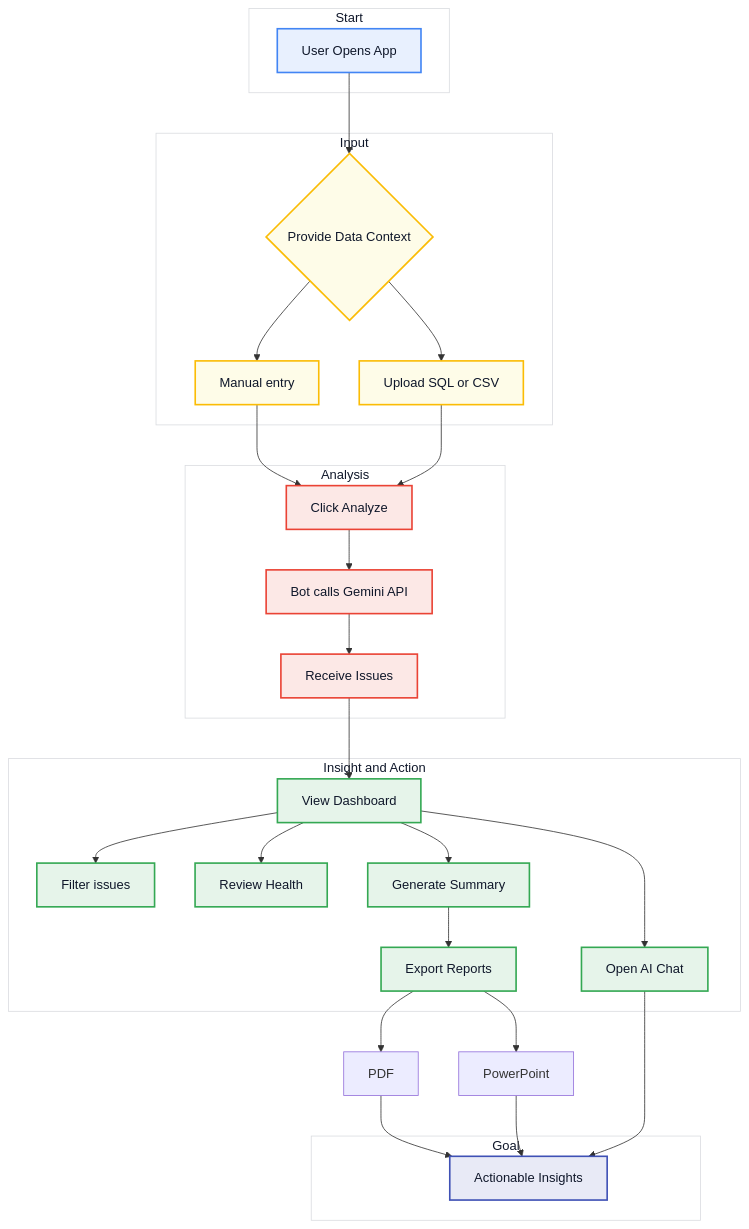
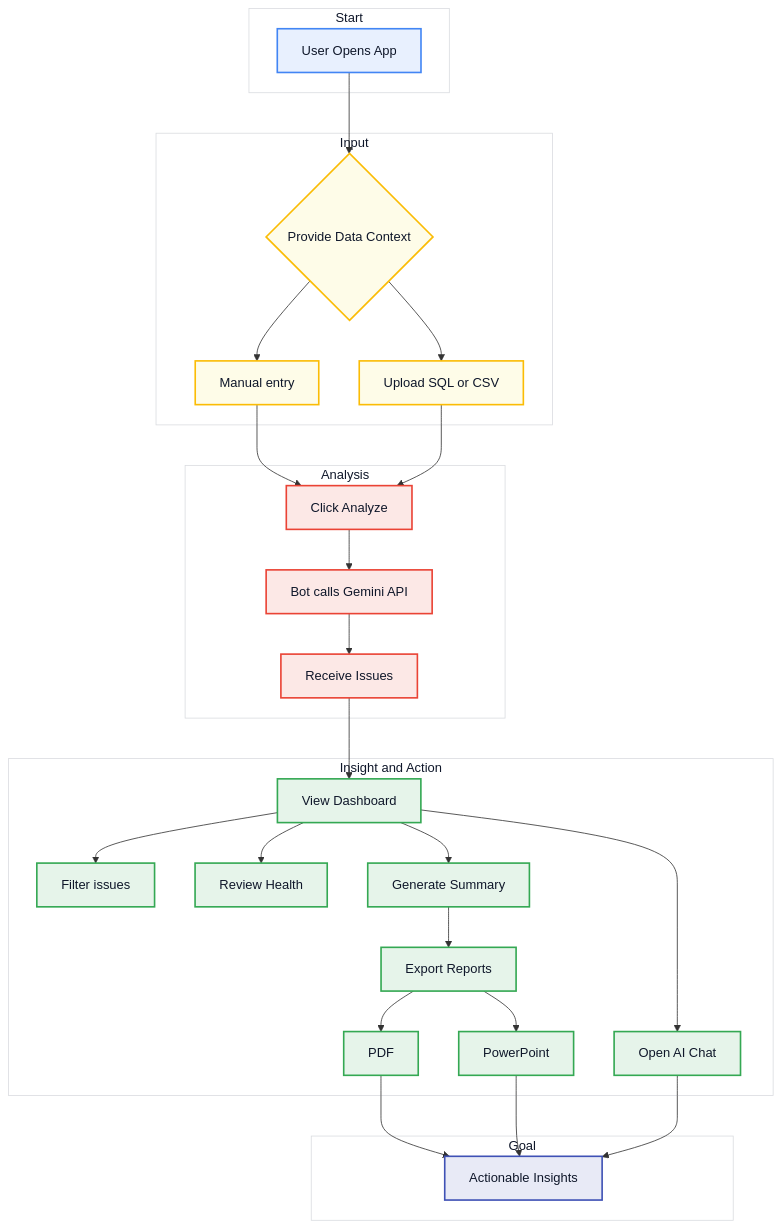
Before and after one commit to chtsalvishal/DQ_Gen_AI_Bot: the second of 2 diagrams in README.md, drawn with Mermaid.

Commit message:
docs: Update README with export options
Add PDF and PowerPoint export options to the Mermaid diagram in the README to accurately reflect current capabilities.

````diff
--- a/README.md
+++ b/README.md
@@ -92,63 +92,65 @@
 ```mermaid
 %%{init: { 'themeVariables': { 'fontSize': '16px', 'fontFamily': 'Arial' } }}%%
 graph TD
     subgraph sg1 [Start]
         A[User Opens App]:::startNode
     end
 
     subgraph sg2 [Input]
         B{Provide Data Context}:::inputNode
         B1[Manual entry]:::inputNode
         B2[Upload SQL or CSV]:::inputNode
     end
     
     subgraph sg3 [Analysis]
         C[Click Analyze]:::analysisNode
         D[Bot calls Gemini API]:::analysisNode
         E[Receive Issues]:::analysisNode
     end
 
     subgraph sg4 [Insight and Action]
         F[View Dashboard]:::insightNode
         F1[Filter issues]:::insightNode
         F2[Review Health]:::insightNode
         G[Open AI Chat]:::insightNode
         H[Generate Summary]:::insightNode
         I[Export Reports]:::insightNode
+        I1[PDF]:::insightNode
+        I2[PowerPoint]:::insightNode
     end
     
     subgraph sg5 [Goal]
        J[Actionable Insights]:::goalNode
     end
 
     A --> B
     B --> B1
     B --> B2
     B1 --> C
     B2 --> C
     C --> D
     D --> E
     E --> F
     F --> F1
     F --> F2
     F --> G
     F --> H
     H --> I
-    I --> I1[PDF]
-    I --> I2[PowerPoint]
+    I --> I1
+    I --> I2
     I1 --> J
     I2 --> J
     G --> J
     
     style sg1 fill:#FFFFFF,stroke:#DADCE0,color:#0f172a
     style sg2 fill:#FFFFFF,stroke:#DADCE0,color:#0f172a
     style sg3 fill:#FFFFFF,stroke:#DADCE0,color:#0f172a
     style sg4 fill:#FFFFFF,stroke:#DADCE0,color:#0f172a
     style sg5 fill:#FFFFFF,stroke:#DADCE0,color:#0f172a
     
     classDef startNode fill:#E8F0FE,stroke:#4285F4,stroke-width:2px,color:#0f172a
     classDef inputNode fill:#FEFCE8,stroke:#FBBC05,stroke-width:2px,color:#0f172a
     classDef analysisNode fill:#FCE8E6,stroke:#EA4335,stroke-width:2px,color:#0f172a
     classDef insightNode fill:#E6F4EA,stroke:#34A853,stroke-width:2px,color:#0f172a
     classDef goalNode fill:#E8EAF6,stroke:#3F51B5,stroke-width:2px,color:#0f172a
 ```
````
